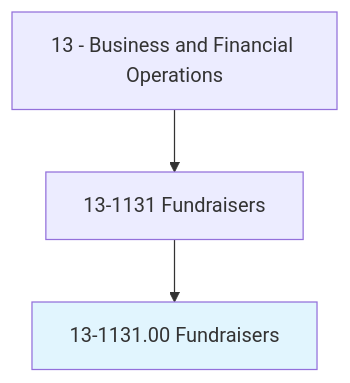
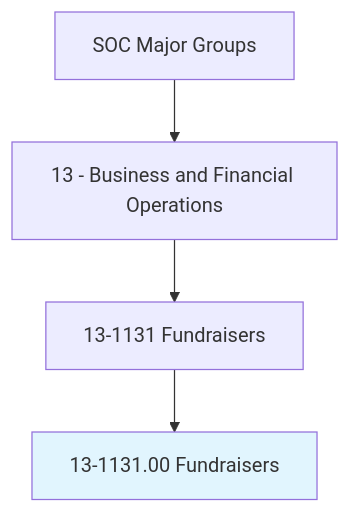
Before and after one commit to kziemski/business.org.ai: the first of 4 diagrams in occupations/Business/Fundraisers.mdx, drawn with Mermaid. The commit also changed other lines of this file and 938 other files, not shown here.

````diff
--- a/occupations/Business/Fundraisers.mdx
+++ b/occupations/Business/Fundraisers.mdx
@@ -19,6 +25,7 @@
 ```mermaid
 graph TD
-    Cat13["13 - Business and Financial Operations"] --> Group131131["13-1131 Fundraisers"]
-    Group131131 --> Current["13-1131.00 Fundraisers"]
+    SOC["SOC Major Groups"] --> Cat13["13 - Business and Financial Operations"]
+    Cat13 --> G131131["13-1131 Fundraisers"]
+    G131131 --> Current["13-1131.00 Fundraisers"]
     style Current fill:#e1f5fe
 ```
````
